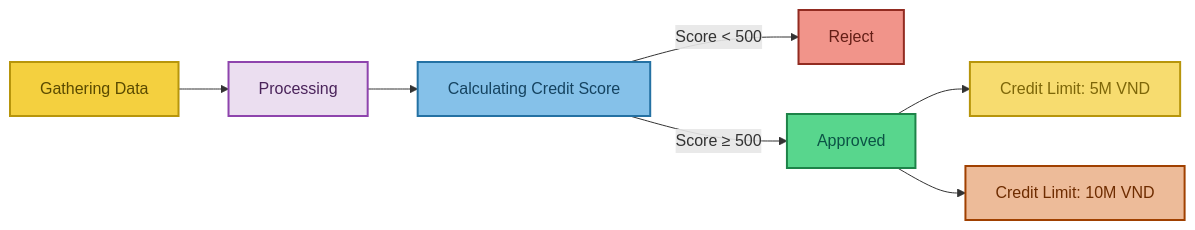
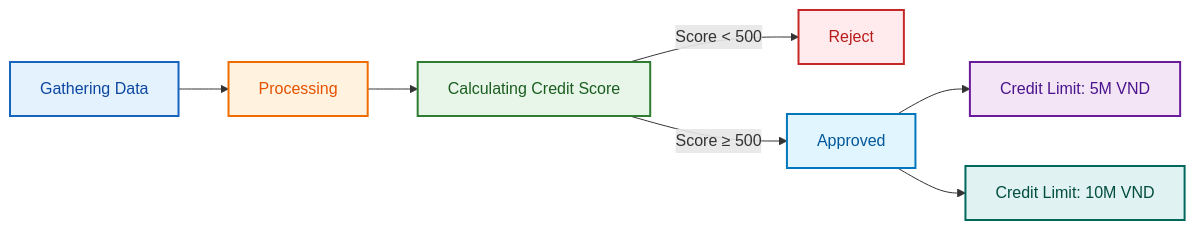
The diagram in README.md (ductin2197/PYTHON_CreditScoringModel), drawn with Mermaid before and after one commit.

Commit message:
README.md

````diff
--- a/README.md
+++ b/README.md
@@ -40,20 +40,20 @@
 ```mermaid
 flowchart LR
     A[Gathering Data] --> B[Processing]
     B --> C[Calculating Credit Score]
 
     C -->|Score < 500| D[Reject]
     C -->|Score ≥ 500| E[Approved]
 
     E --> F[Credit Limit: 5M VND]
     E --> G[Credit Limit: 10M VND]
 
     %% Styling (no white / black, no duplicate colors)
-    style A fill:#F4D03F,stroke:#B7950B,stroke-width:2px,color:#5A4A00
-    style B fill:#EBDEF0,stroke:#8E44AD,stroke-width:2px,color:#4A235A
-    style C fill:#85C1E9,stroke:#2471A3,stroke-width:2px,color:#154360
-    style D fill:#F1948A,stroke:#922B21,stroke-width:2px,color:#641E16
-    style E fill:#58D68D,stroke:#1D8348,stroke-width:2px,color:#0B5345
-    style F fill:#F7DC6F,stroke:#B7950B,stroke-width:2px,color:#7D6608
-    style G fill:#EDBB99,stroke:#A04000,stroke-width:2px,color:#6E2C00
+    style A fill:#E3F2FD,stroke:#1565C0,stroke-width:2px,color:#0D47A1
+    style B fill:#FFF3E0,stroke:#EF6C00,stroke-width:2px,color:#E65100
+    style C fill:#E8F5E9,stroke:#2E7D32,stroke-width:2px,color:#1B5E20
+    style D fill:#FFEBEE,stroke:#C62828,stroke-width:2px,color:#B71C1C
+    style E fill:#E1F5FE,stroke:#0277BD,stroke-width:2px,color:#01579B
+    style F fill:#F3E5F5,stroke:#6A1B9A,stroke-width:2px,color:#4A148C
+    style G fill:#E0F2F1,stroke:#00695C,stroke-width:2px,color:#004D40
 ```
````
